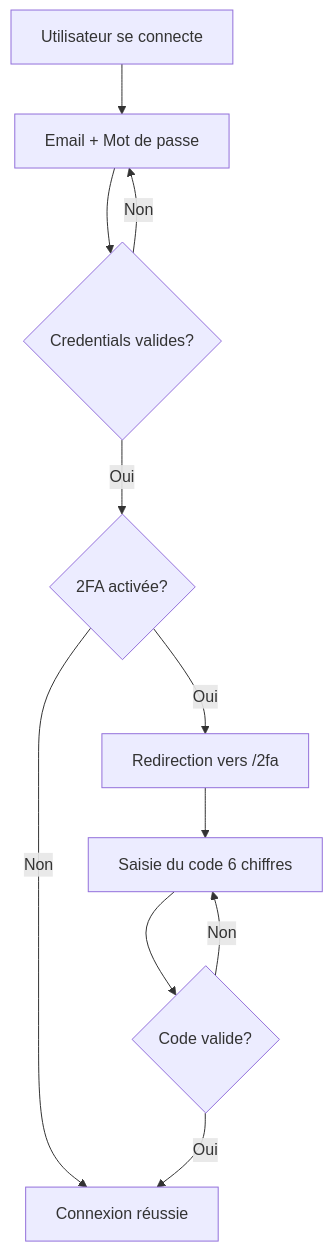
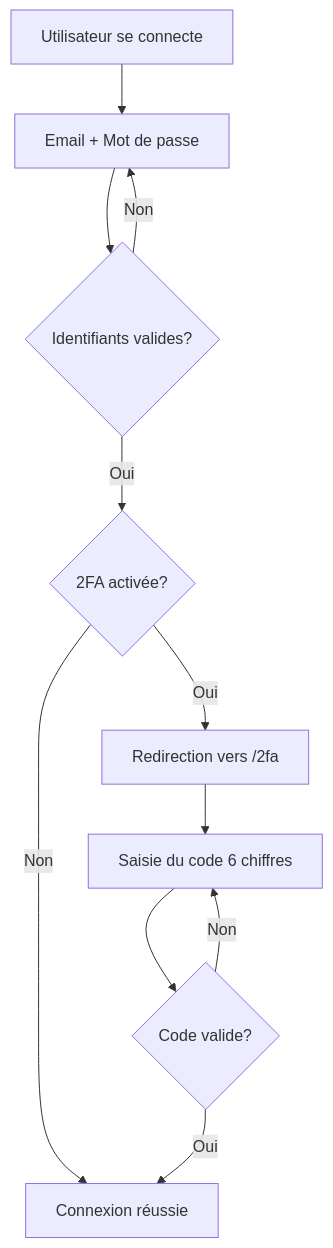
Before and after one commit to hsn00000/2FA_project: the diagram in README.md, drawn with Mermaid.

Commit message:
FEAT: Revamp authentication templates and enhance password reset UI

````diff
--- a/README.md
+++ b/README.md
@@ -495,13 +495,13 @@
 ```mermaid
 graph TD
     A[Utilisateur se connecte] --> B[Email + Mot de passe]
-    B --> C{Credentials valides?}
+    B --> C{Identifiants valides?}
     C -->|Non| B
     C -->|Oui| D{2FA activée?}
     D -->|Non| E[Connexion réussie]
     D -->|Oui| F[Redirection vers /2fa]
     F --> G[Saisie du code 6 chiffres]
     G --> H{Code valide?}
     H -->|Non| G
     H -->|Oui| E
 ```
````
